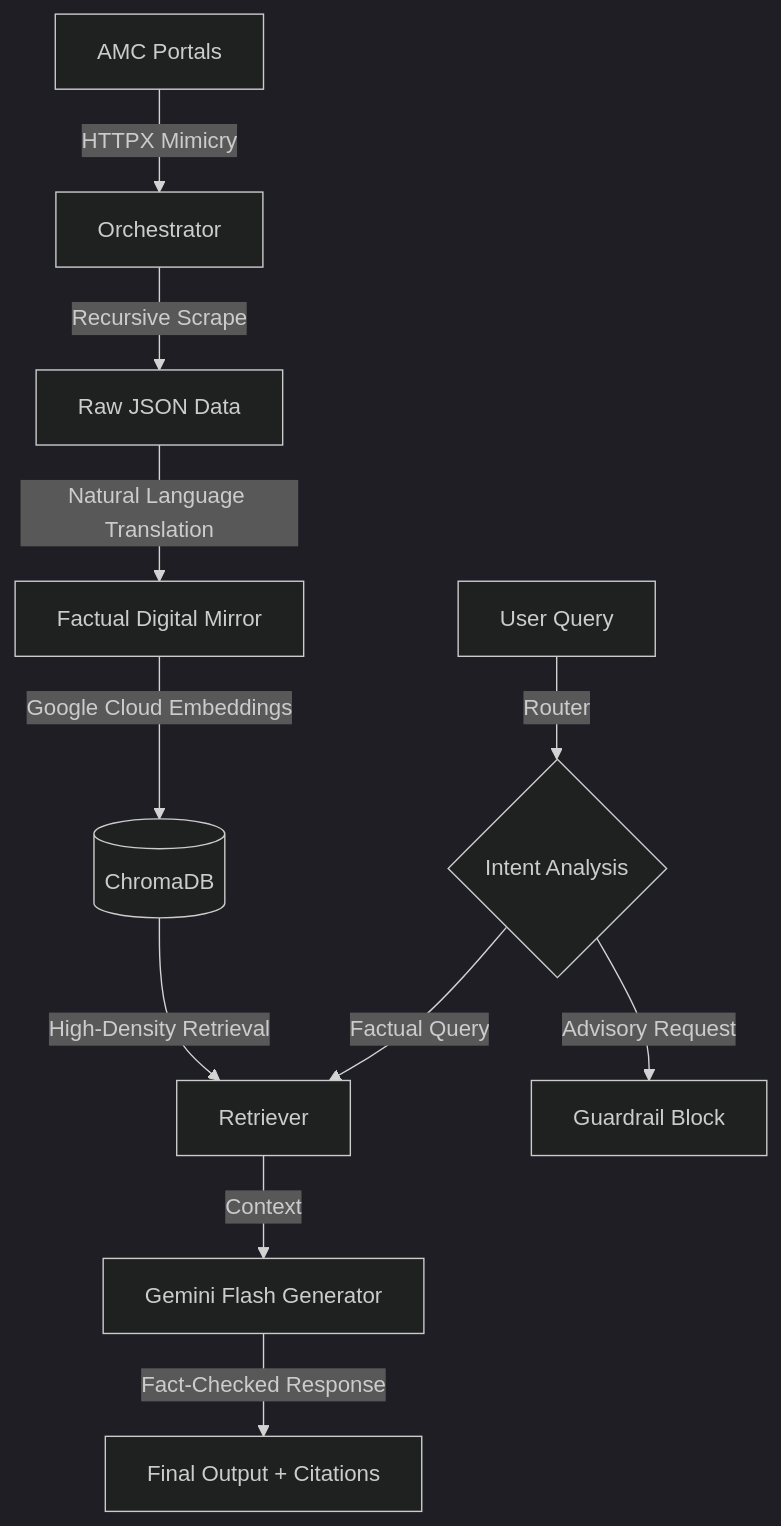
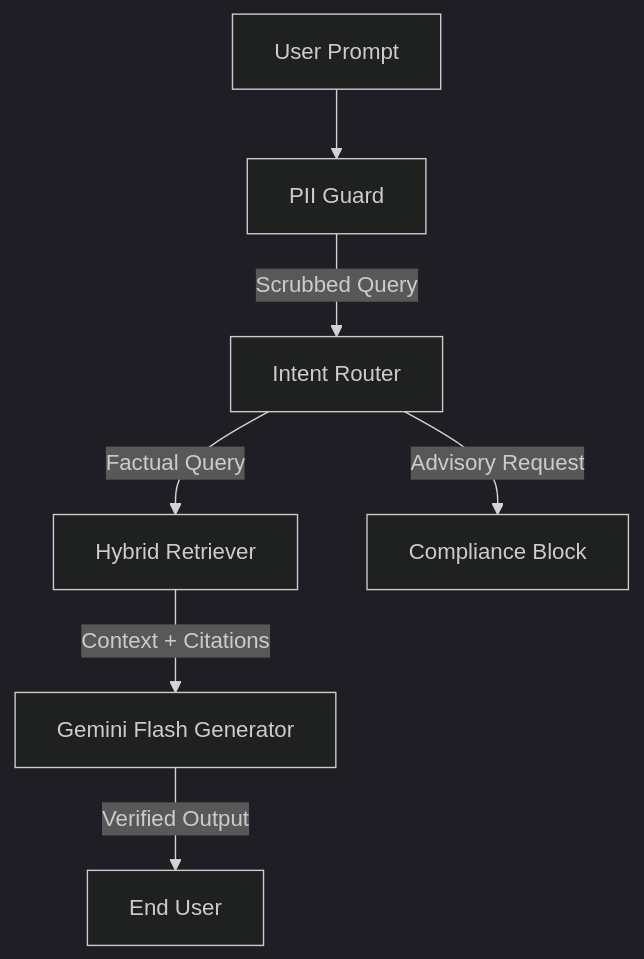
One commit to puneet225/MF_rag_chatbot changed the diagram in ARCHITECTURE.md. Above: the diagram before and after it, drawn with Mermaid (dark theme). The commit also changed other lines of this file, not shown here.

Commit message:
docs: implement master-class architecture deep-dive with tech rationale and source URLs

````diff
--- a/ARCHITECTURE.md
+++ b/ARCHITECTURE.md
@@ -9,15 +49,9 @@
 ```mermaid
 graph TD
-    A[AMC Portals] -->|HTTPX Mimicry| B[Orchestrator]
-    B -->|Recursive Scrape| C[Raw JSON Data]
-    C -->|Natural Language Translation| D[Factual Digital Mirror]
-    D -->|Google Cloud Embeddings| E[(ChromaDB)]
-    
-    U[User Query] -->|Router| F{Intent Analysis}
-    F -->|Factual Query| G[Retriever]
-    F -->|Advisory Request| H[Guardrail Block]
-    
-    G -->|Context| I[Gemini Flash Generator]
-    E -->|High-Density Retrieval| G
-    I -->|Fact-Checked Response| J[Final Output + Citations]
+    A[User Prompt] --> B[PII Guard]
+    B -->|Scrubbed Query| C[Intent Router]
+    C -->|Factual Query| D[Hybrid Retriever]
+    C -->|Advisory Request| E[Compliance Block]
+    D -->|Context + Citations| F[Gemini Flash Generator]
+    F -->|Verified Output| G[End User]
 ```
````
